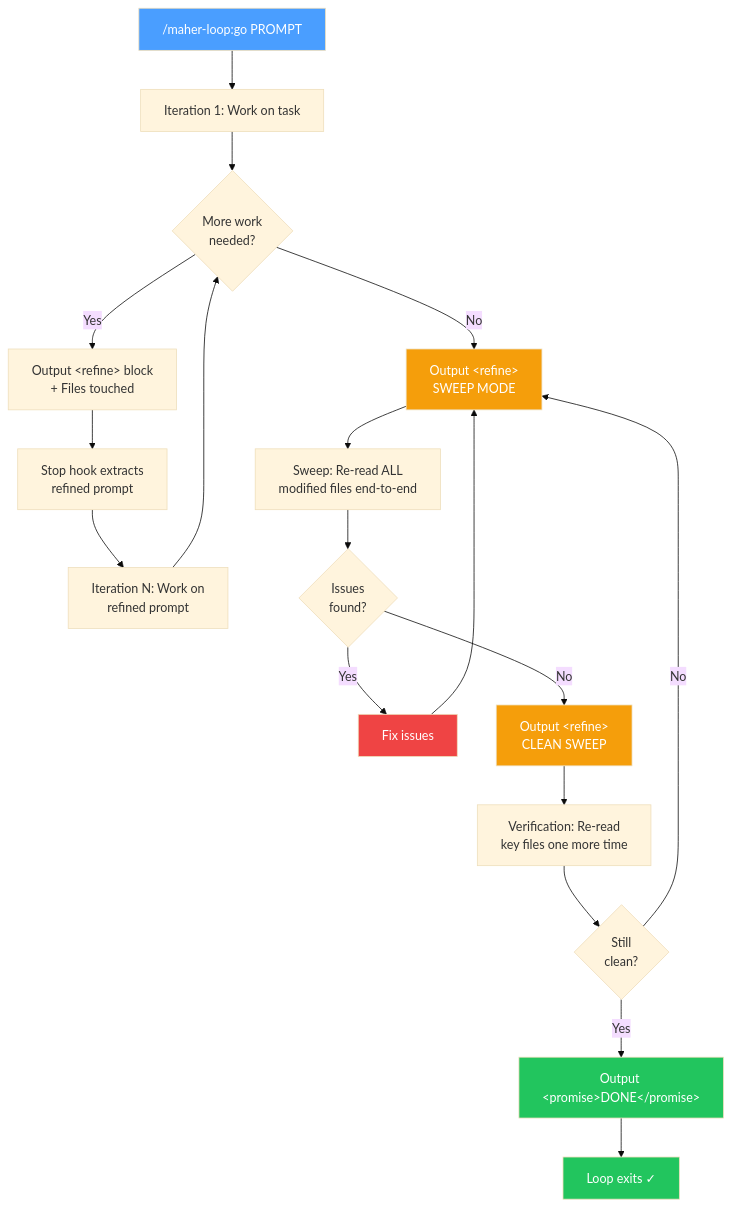
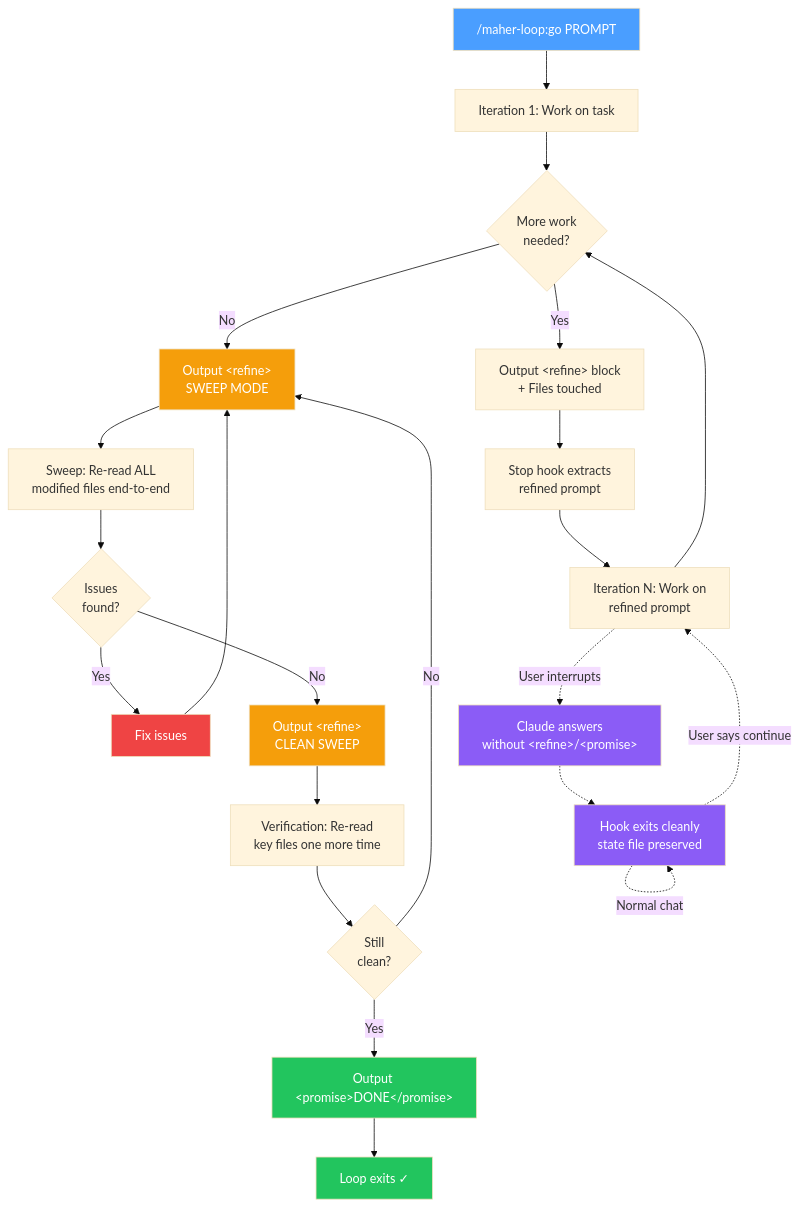
One commit to Maherr/maher-plugins changed the diagram in plugins/maher-loop/README.md. Above: the diagram before and after it, drawn with Mermaid (base theme). The commit also changed other lines of this file, not shown here.

````diff
--- a/plugins/maher-loop/README.md
+++ b/plugins/maher-loop/README.md
@@ -21,27 +22,34 @@
 ```mermaid
 flowchart TD
     A["/maher-loop:go PROMPT"] --> B["Iteration 1: Work on task"]
     B --> C{"More work\nneeded?"}
     C -->|Yes| D["Output &lt;refine&gt; block\n+ Files touched"]
     D --> E["Stop hook extracts\nrefined prompt"]
     E --> F["Iteration N: Work on\nrefined prompt"]
     F --> C
     C -->|No| G["Output &lt;refine&gt;\nSWEEP MODE"]
     G --> H["Sweep: Re-read ALL\nmodified files end-to-end"]
     H --> I{"Issues\nfound?"}
     I -->|Yes| J["Fix issues"]
     J --> G
     I -->|No| K["Output &lt;refine&gt;\nCLEAN SWEEP"]
     K --> L["Verification: Re-read\nkey files one more time"]
     L --> M{"Still\nclean?"}
     M -->|No| G
     M -->|Yes| N["Output &lt;promise&gt;DONE&lt;/promise&gt;"]
     N --> O["Loop exits ✓"]
 
+    F -.->|User interrupts| P["Claude answers\nwithout &lt;refine&gt;/&lt;promise&gt;"]
+    P -.-> Q["Hook exits cleanly\nstate file preserved"]
+    Q -.->|Normal chat| Q
+    Q -.->|User says continue| F
+
     style A fill:#4a9eff,color:#fff
     style O fill:#22c55e,color:#fff
     style G fill:#f59e0b,color:#fff
     style K fill:#f59e0b,color:#fff
     style N fill:#22c55e,color:#fff
     style J fill:#ef4444,color:#fff
+    style P fill:#8b5cf6,color:#fff
+    style Q fill:#8b5cf6,color:#fff
 ```
````
